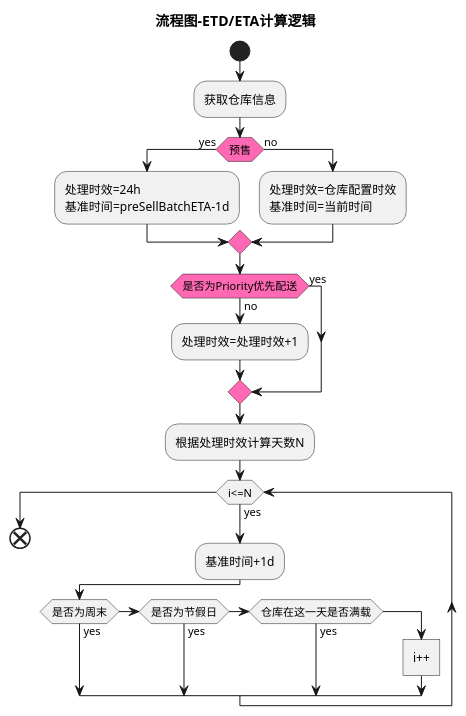
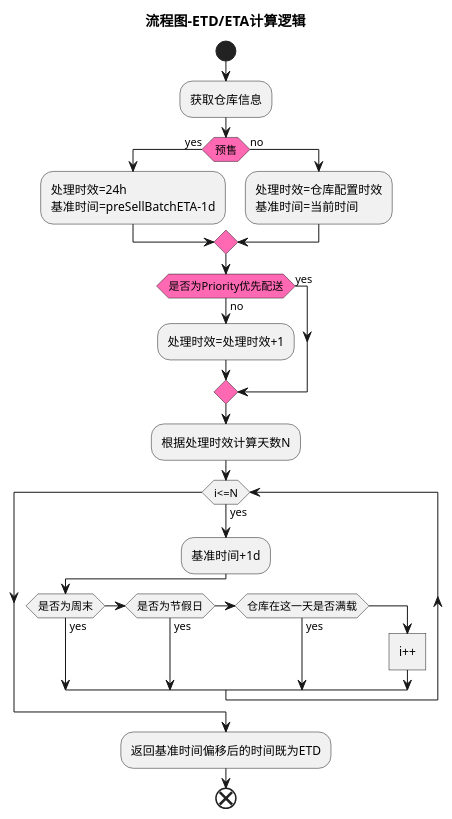
Before and after one commit to newbigTech/myDesignPattern: the diagram in uml/wms/etd_eta_process.puml, drawn with PlantUML.

Commit message:
uml图

```diff
--- a/uml/wms/etd_eta_process.puml
+++ b/uml/wms/etd_eta_process.puml
@@ -1,29 +1,30 @@
 @startuml
 title 流程图-ETD/ETA计算逻辑
 
 start
 :获取仓库信息;
 #HotPink:if (预售) then (yes)
     :处理时效=24h
     基准时间=preSellBatchETA-1d;
 else (no)
     :处理时效=仓库配置时效
     基准时间=当前时间;
 
 endif
 #HotPink:if(是否为Priority优先配送) then(no)
     :处理时效=处理时效+1;
 else(yes)
 endif
 :根据处理时效计算天数N;
 #HotPink:while (i<=N) is(yes)
     :基准时间+1d;
     if(是否为周末) then (yes)
     else if(是否为节假日) then (yes)
     else if(仓库在这一天是否满载) then (yes)
     else
         :i++]
     endif
 endwhile
+:返回基准时间偏移后的时间既为ETD;
 end
 @enduml
```
